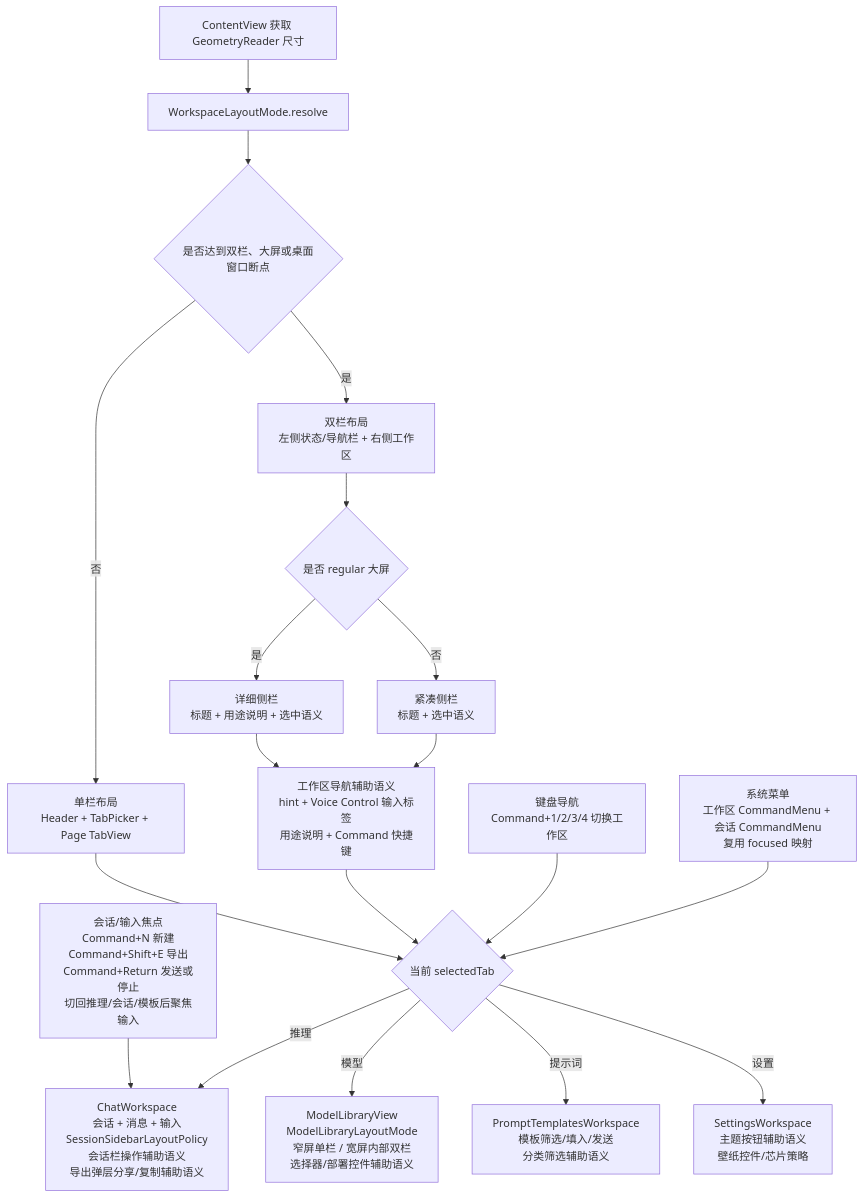
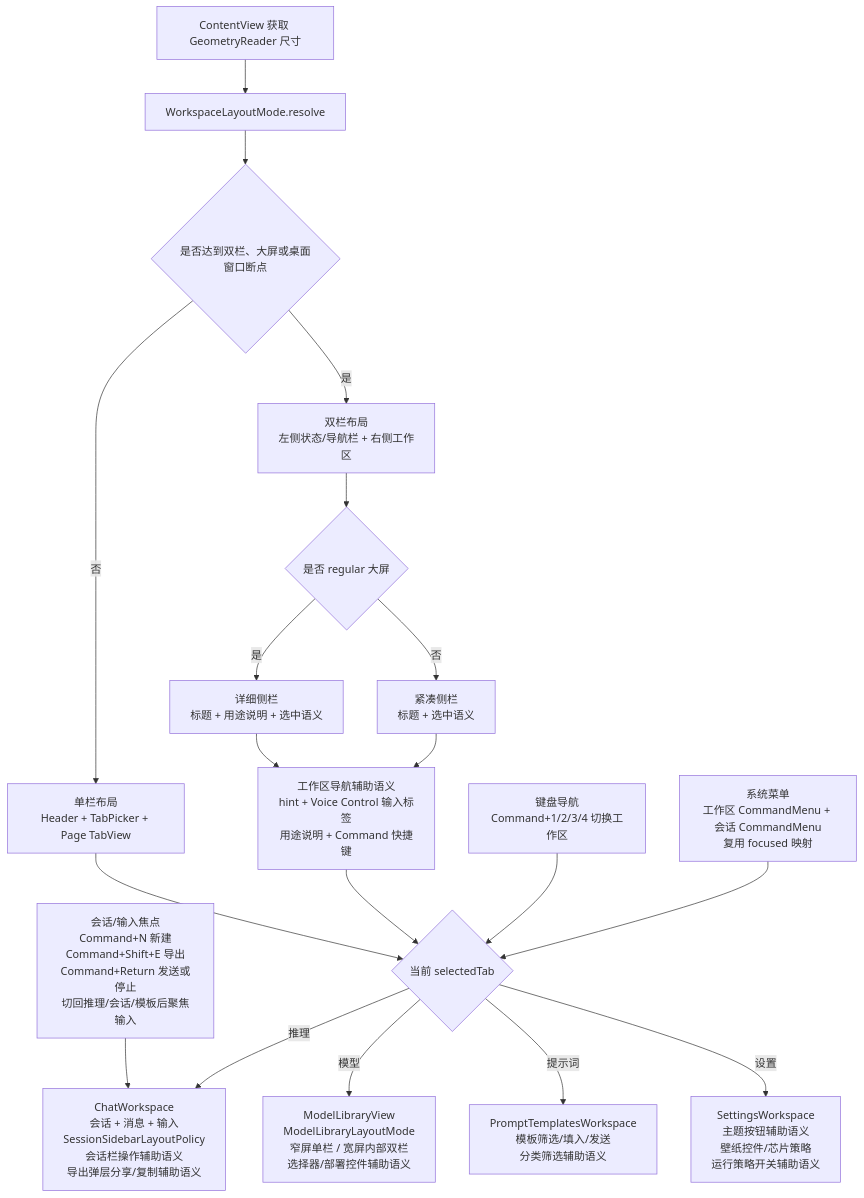
The fourth of 9 diagrams in md/flow/flowchart.md (Altman-sam114/113), drawn with Mermaid before and after one commit. The commit also changed other lines of this file and 8 other files, not shown here.

````diff
--- a/md/flow/flowchart.md
+++ b/md/flow/flowchart.md
@@ -68,21 +68,21 @@
 ```mermaid
 flowchart TD
     A[ContentView 获取 GeometryReader 尺寸] --> B[WorkspaceLayoutMode.resolve]
     B --> C{是否达到双栏、大屏或桌面窗口断点}
     C -- 否 --> D[单栏布局<br/>Header + TabPicker + Page TabView]
     C -- 是 --> E[双栏布局<br/>左侧状态/导航栏 + 右侧工作区]
     E --> N{是否 regular 大屏}
     N -- 是 --> O[详细侧栏<br/>标题 + 用途说明 + 选中语义]
     N -- 否 --> P[紧凑侧栏<br/>标题 + 选中语义]
     D --> F{当前 selectedTab}
     O --> X[工作区导航辅助语义<br/>hint + Voice Control 输入标签<br/>用途说明 + Command 快捷键]
     P --> X
     X --> F
     K[键盘导航<br/>Command+1/2/3/4 切换工作区] --> F
     M[系统菜单<br/>工作区 CommandMenu + 会话 CommandMenu<br/>复用 focused 映射] --> F
     L[会话/输入焦点<br/>Command+N 新建<br/>Command+Shift+E 导出<br/>Command+Return 发送或停止<br/>切回推理/会话/模板后聚焦输入] --> G
     F -- 推理 --> G[ChatWorkspace<br/>会话 + 消息 + 输入<br/>SessionSidebarLayoutPolicy<br/>会话栏操作辅助语义<br/>导出弹层分享/复制辅助语义]
     F -- 模型 --> H[ModelLibraryView<br/>ModelLibraryLayoutMode<br/>窄屏单栏 / 宽屏内部双栏<br/>选择器/部署控件辅助语义]
     F -- 提示词 --> I[PromptTemplatesWorkspace<br/>模板筛选/填入/发送<br/>分类筛选辅助语义]
-    F -- 设置 --> J[SettingsWorkspace<br/>主题按钮辅助语义<br/>壁纸控件/芯片策略]
+    F -- 设置 --> J[SettingsWorkspace<br/>主题按钮辅助语义<br/>壁纸控件/芯片策略<br/>运行策略开关辅助语义]
 ```
````
